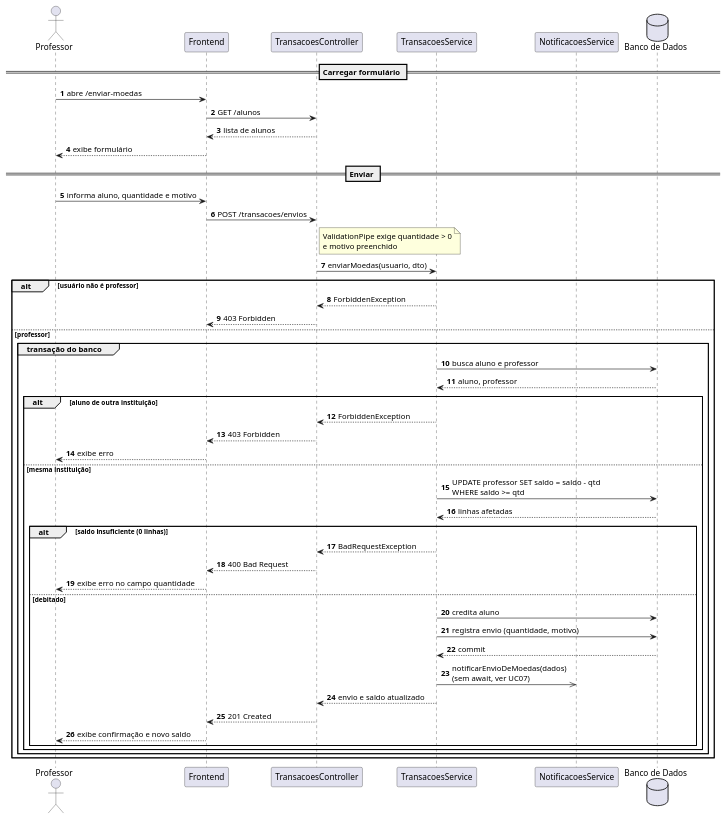
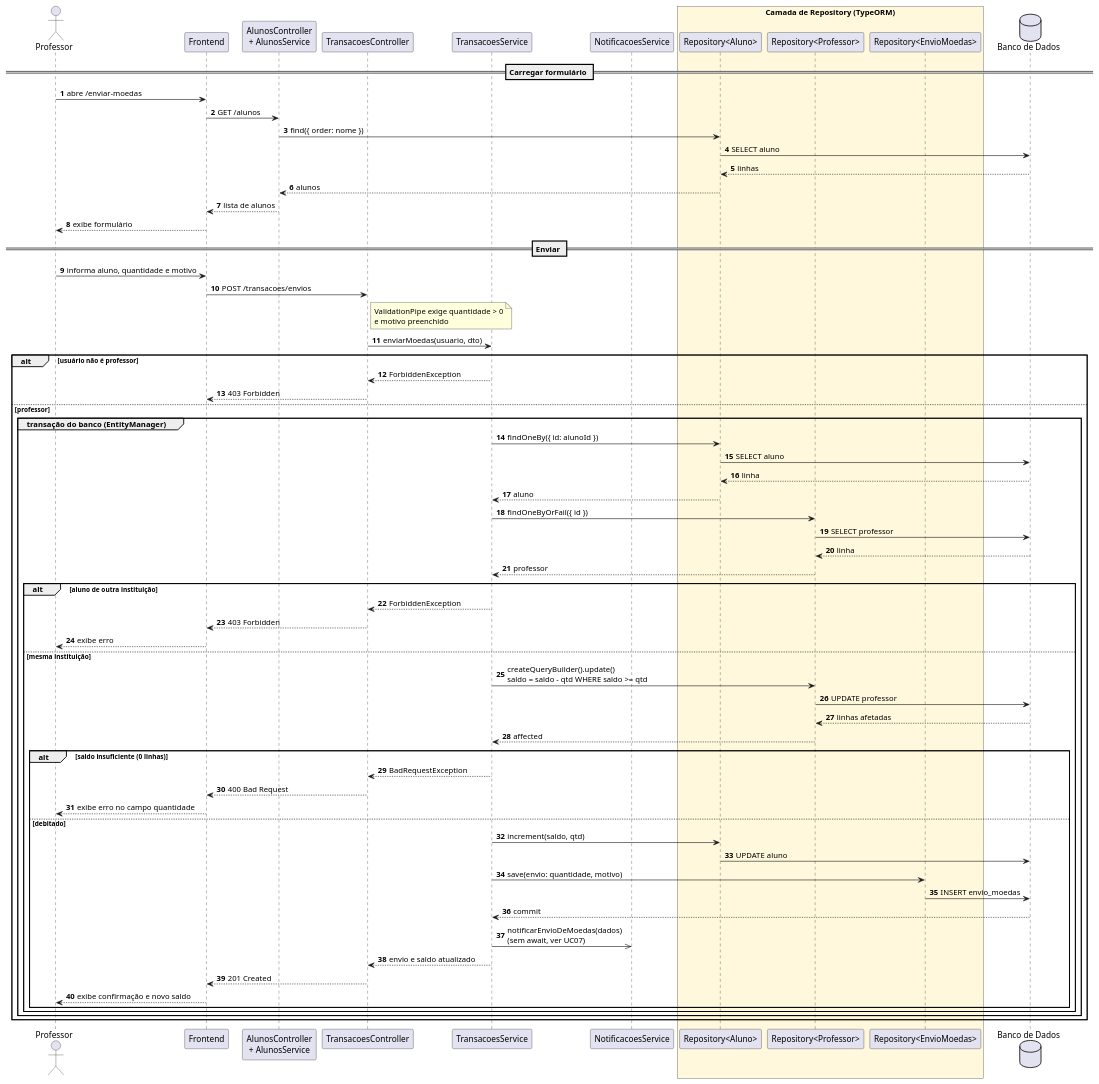
The diagram in docs/diagramas/sequencia/uc06-enviar-moedas.puml (pazzutti/lab03-sistema-moeda-estudantil), drawn with PlantUML before and after one commit. The commit also changed 21 other files, not shown here.

```diff
--- a/docs/diagramas/sequencia/uc06-enviar-moedas.puml
+++ b/docs/diagramas/sequencia/uc06-enviar-moedas.puml
@@ -1,62 +1,82 @@
 @startuml uc06_enviar_moedas
 ' =====================================================================
 ' Sistema de Moeda Estudantil
 ' Diagrama de Sequencia - UC06 Enviar moedas (HU09)
 ' Fonte versionada em docs/diagramas/sequencia/uc06-enviar-moedas.puml
 ' Inclui UC07 (detalhado em uc07-notificar-aluno-por-email.puml)
 ' =====================================================================
 
 skinparam shadowing false
 autonumber
 
 actor Professor
 participant Frontend
+participant "AlunosController\n+ AlunosService" as Alunos
 participant "TransacoesController" as Controller
 participant "TransacoesService" as Service
 participant "NotificacoesService" as Notificacoes
+box "Camada de Repository (TypeORM)" #FFF8DC
+  participant "Repository<Aluno>" as AlunoRepo
+  participant "Repository<Professor>" as ProfRepo
+  participant "Repository<EnvioMoedas>" as EnvioRepo
+end box
 database "Banco de Dados" as BD
 
 == Carregar formulário ==
 Professor -> Frontend : abre /enviar-moedas
-Frontend -> Controller : GET /alunos
-Controller --> Frontend : lista de alunos
+Frontend -> Alunos : GET /alunos
+Alunos -> AlunoRepo : find({ order: nome })
+AlunoRepo -> BD : SELECT aluno
+BD --> AlunoRepo : linhas
+AlunoRepo --> Alunos : alunos
+Alunos --> Frontend : lista de alunos
 Frontend --> Professor : exibe formulário
 
 == Enviar ==
 Professor -> Frontend : informa aluno, quantidade e motivo
 Frontend -> Controller : POST /transacoes/envios
 note right of Controller : ValidationPipe exige quantidade > 0\ne motivo preenchido
 Controller -> Service : enviarMoedas(usuario, dto)
 
 alt usuário não é professor
   Service --> Controller : ForbiddenException
   Controller --> Frontend : 403 Forbidden
 else professor
-  group transação do banco
-    Service -> BD : busca aluno e professor
-    BD --> Service : aluno, professor
+  group transação do banco (EntityManager)
+    Service -> AlunoRepo : findOneBy({ id: alunoId })
+    AlunoRepo -> BD : SELECT aluno
+    BD --> AlunoRepo : linha
+    AlunoRepo --> Service : aluno
+    Service -> ProfRepo : findOneByOrFail({ id })
+    ProfRepo -> BD : SELECT professor
+    BD --> ProfRepo : linha
+    ProfRepo --> Service : professor
     alt aluno de outra instituição
       Service --> Controller : ForbiddenException
       Controller --> Frontend : 403 Forbidden
       Frontend --> Professor : exibe erro
     else mesma instituição
-      Service -> BD : UPDATE professor SET saldo = saldo - qtd\nWHERE saldo >= qtd
-      BD --> Service : linhas afetadas
+      Service -> ProfRepo : createQueryBuilder().update()\nsaldo = saldo - qtd WHERE saldo >= qtd
+      ProfRepo -> BD : UPDATE professor
+      BD --> ProfRepo : linhas afetadas
+      ProfRepo --> Service : affected
       alt saldo insuficiente (0 linhas)
         Service --> Controller : BadRequestException
         Controller --> Frontend : 400 Bad Request
         Frontend --> Professor : exibe erro no campo quantidade
       else debitado
-        Service -> BD : credita aluno
-        Service -> BD : registra envio (quantidade, motivo)
+        Service -> AlunoRepo : increment(saldo, qtd)
+        AlunoRepo -> BD : UPDATE aluno
+        Service -> EnvioRepo : save(envio: quantidade, motivo)
+        EnvioRepo -> BD : INSERT envio_moedas
         BD --> Service : commit
         Service ->> Notificacoes : notificarEnvioDeMoedas(dados)\n(sem await, ver UC07)
         Service --> Controller : envio e saldo atualizado
         Controller --> Frontend : 201 Created
         Frontend --> Professor : exibe confirmação e novo saldo
       end
     end
   end
 end
 
 @enduml
```
